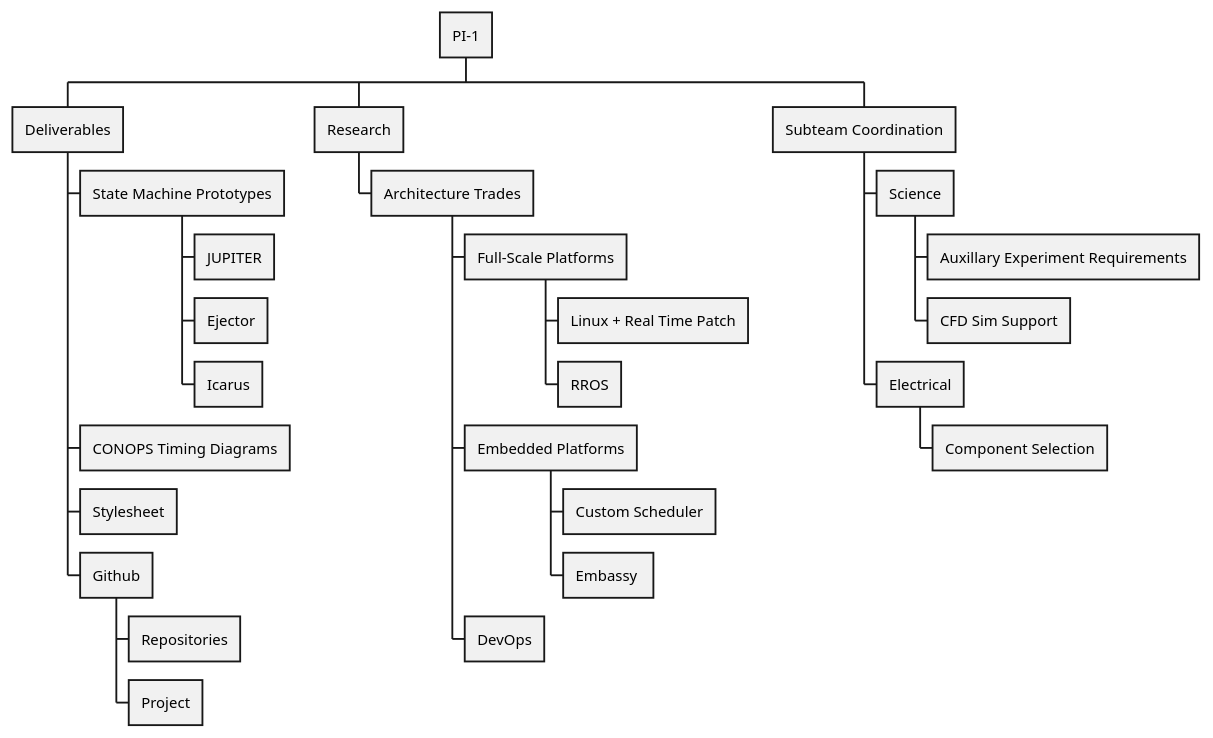
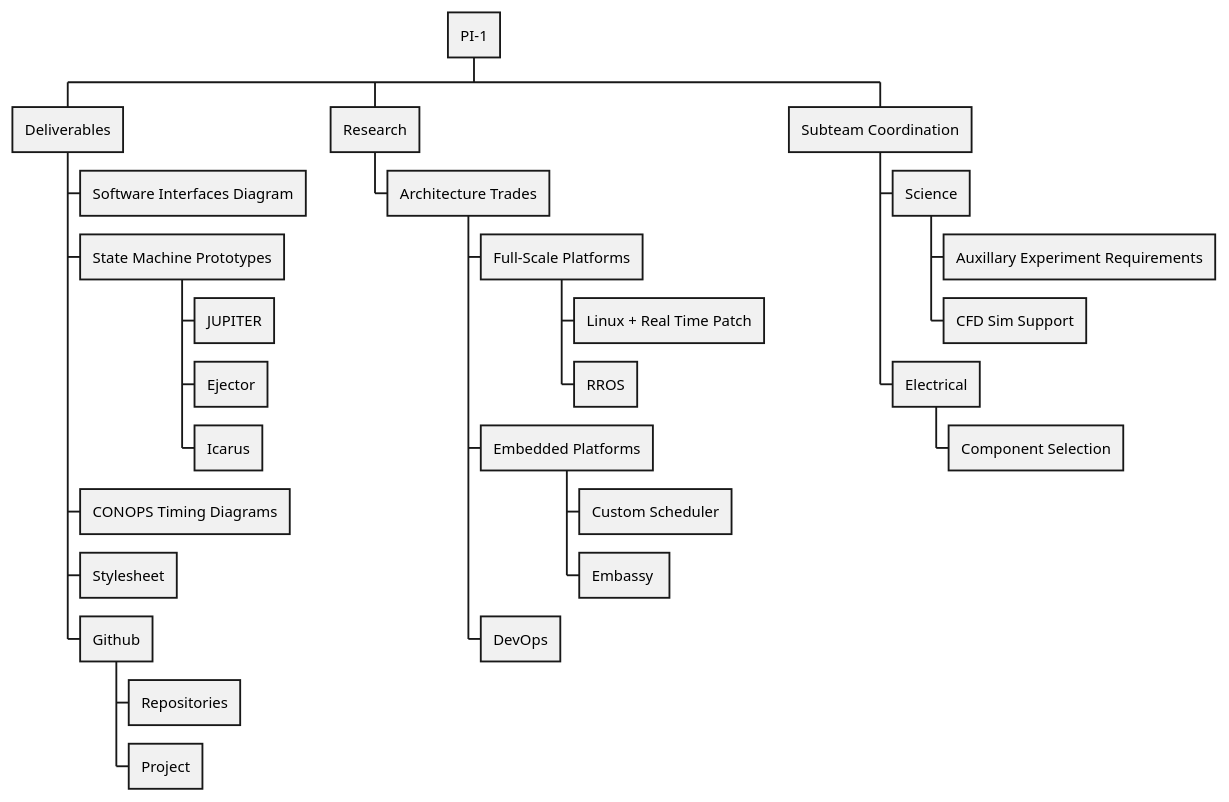
The diagram in PI Planning/PI-1.puml (Terminus-Suborbital-Research-Program/AMALTHEA-Software-Systems), drawn with PlantUML before and after one commit. The commit also changed 8 other files, not shown here.

Commit message:
Added diagrams, added to deliverables

```diff
--- a/PI Planning/PI-1.puml
+++ b/PI Planning/PI-1.puml
@@ -1,32 +1,33 @@
 @startwbs PI-1
 
 * PI-1
 ** Deliverables
+*** Software Interfaces Diagram
 *** State Machine Prototypes
 **** JUPITER
 **** Ejector
 **** Icarus
 *** CONOPS Timing Diagrams
 *** Stylesheet
 *** Github
 **** Repositories
 **** Project
 
 ** Research
 *** Architecture Trades
 **** Full-Scale Platforms
 ***** Linux + Real Time Patch
 ***** RROS
 **** Embedded Platforms
 ***** Custom Scheduler
 ***** Embassy 
 **** DevOps
 
 ** Subteam Coordination
 *** Science
 **** Auxillary Experiment Requirements
 **** CFD Sim Support
 *** Electrical
 **** Component Selection
 
 @endwbs
```
